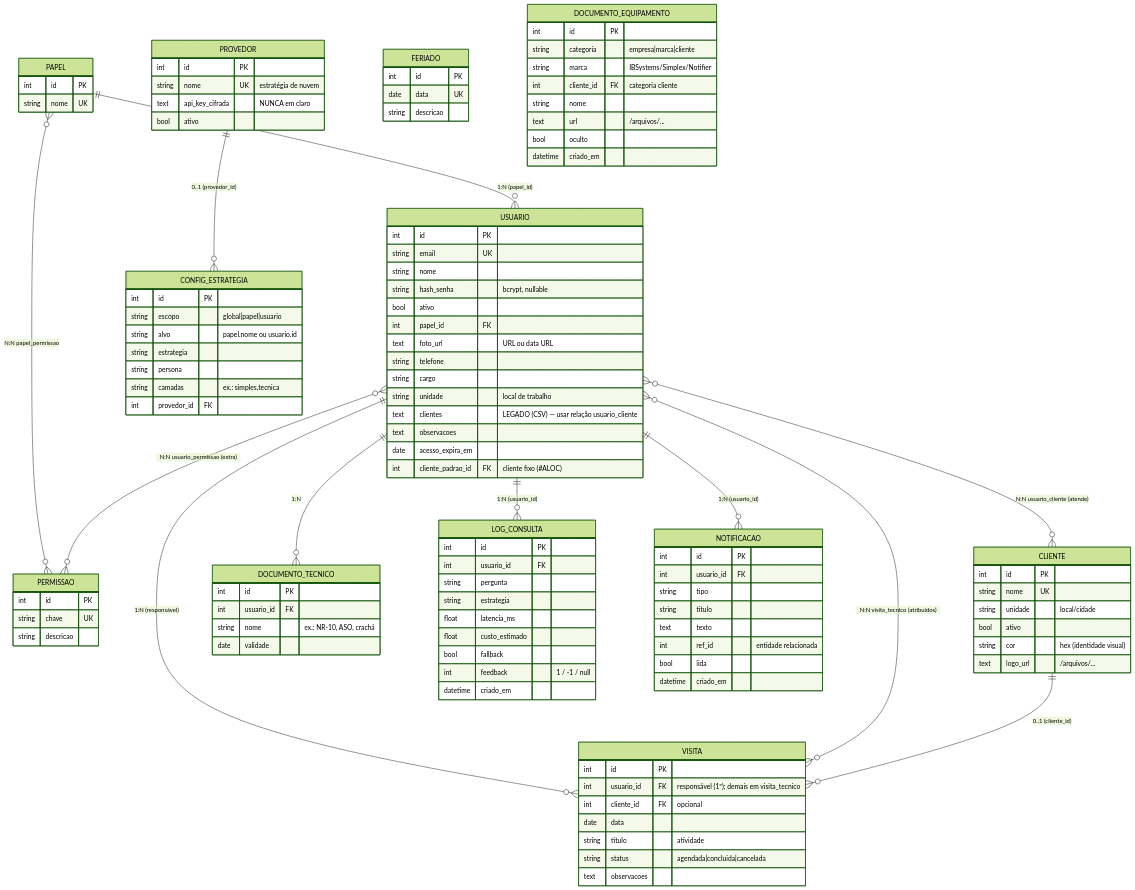
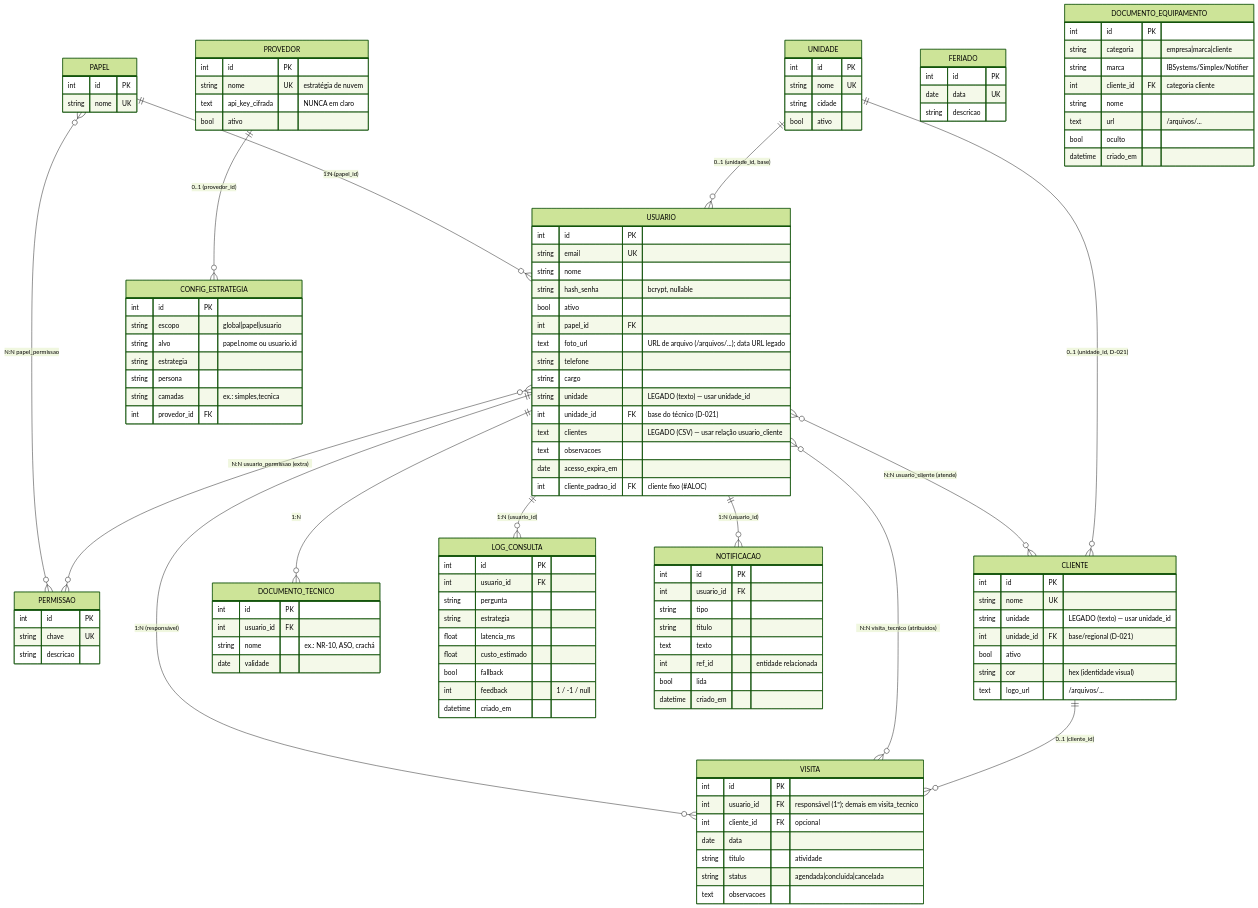
The diagram in docs/MODELO_DADOS.md (caiquemiranda/RAG-Simplex), drawn with Mermaid (forest theme) before and after one commit. The commit also changed other lines of this file and 17 other files, not shown here.

```diff
--- a/docs/MODELO_DADOS.md
+++ b/docs/MODELO_DADOS.md
@@ -18,6 +18,8 @@
   USUARIO ||--o{ VISITA : "1:N (responsável)"
   USUARIO }o--o{ VISITA : "N:N visita_tecnico (atribuídos)"
   CLIENTE ||--o{ VISITA : "0..1 (cliente_id)"
+  UNIDADE ||--o{ CLIENTE : "0..1 (unidade_id, D-021)"
+  UNIDADE ||--o{ USUARIO : "0..1 (unidade_id, base)"
   USUARIO ||--o{ NOTIFICACAO : "1:N (usuario_id)"
   PROVEDOR ||--o{ CONFIG_ESTRATEGIA : "0..1 (provedor_id)"
 
@@ -37,19 +39,27 @@
     string hash_senha "bcrypt, nullable"
     bool ativo
     int papel_id FK
-    text foto_url "URL ou data URL"
+    text foto_url "URL de arquivo (/arquivos/...); data URL legado"
     string telefone
     string cargo
-    string unidade "local de trabalho"
+    string unidade "LEGADO (texto) — usar unidade_id"
+    int unidade_id FK "base do técnico (D-021)"
     text clientes "LEGADO (CSV) — usar relação usuario_cliente"
     text observacoes
     date acesso_expira_em
     int cliente_padrao_id FK "cliente fixo (#ALOC)"
   }
+  UNIDADE {
+    int id PK
+    string nome UK
+    string cidade
+    bool ativo
+  }
   CLIENTE {
     int id PK
     string nome UK
-    string unidade "local/cidade"
+    string unidade "LEGADO (texto) — usar unidade_id"
+    int unidade_id FK "base/regional (D-021)"
     bool ativo
     string cor "hex (identidade visual)"
     text logo_url "/arquivos/..."
```
